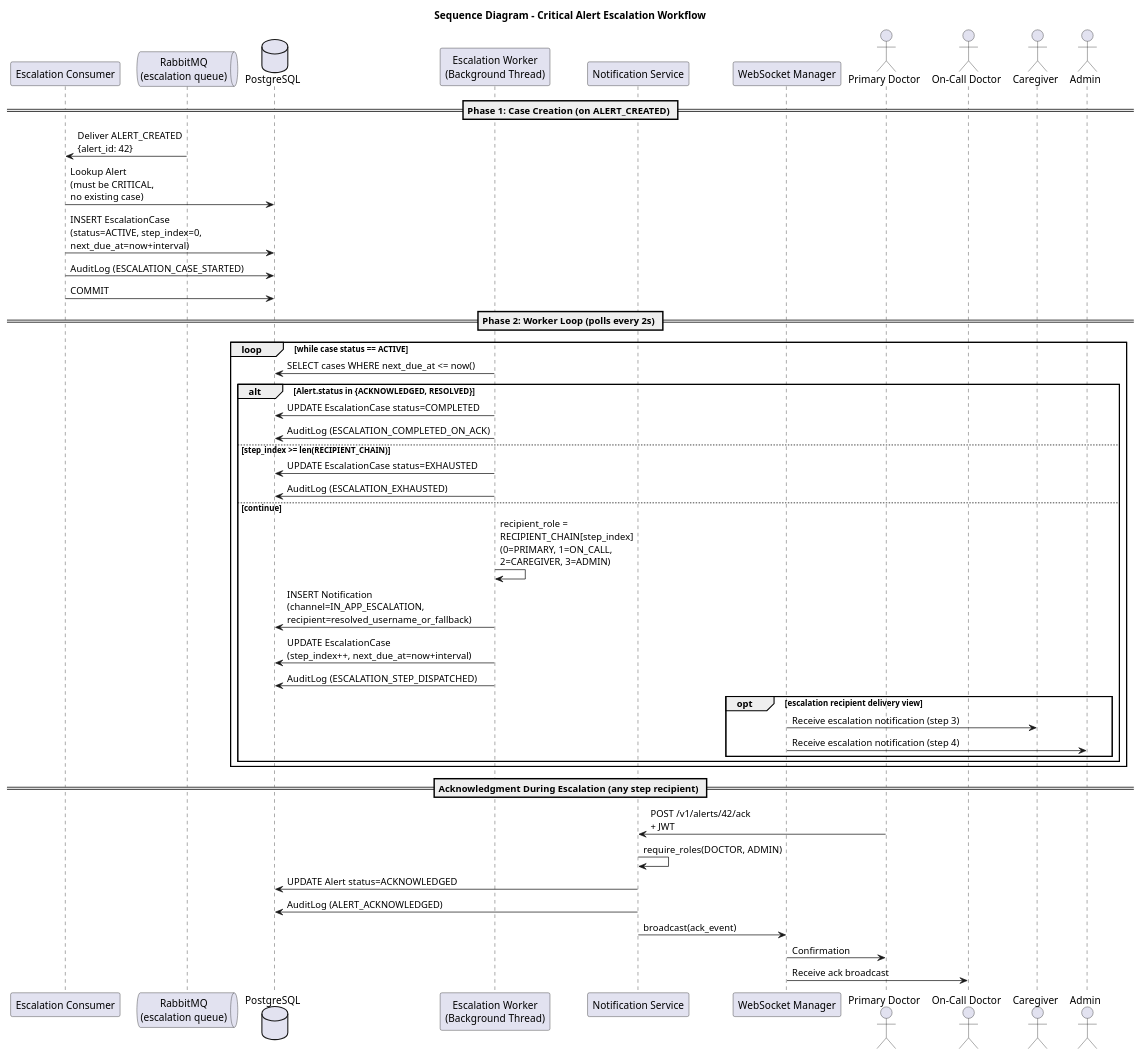
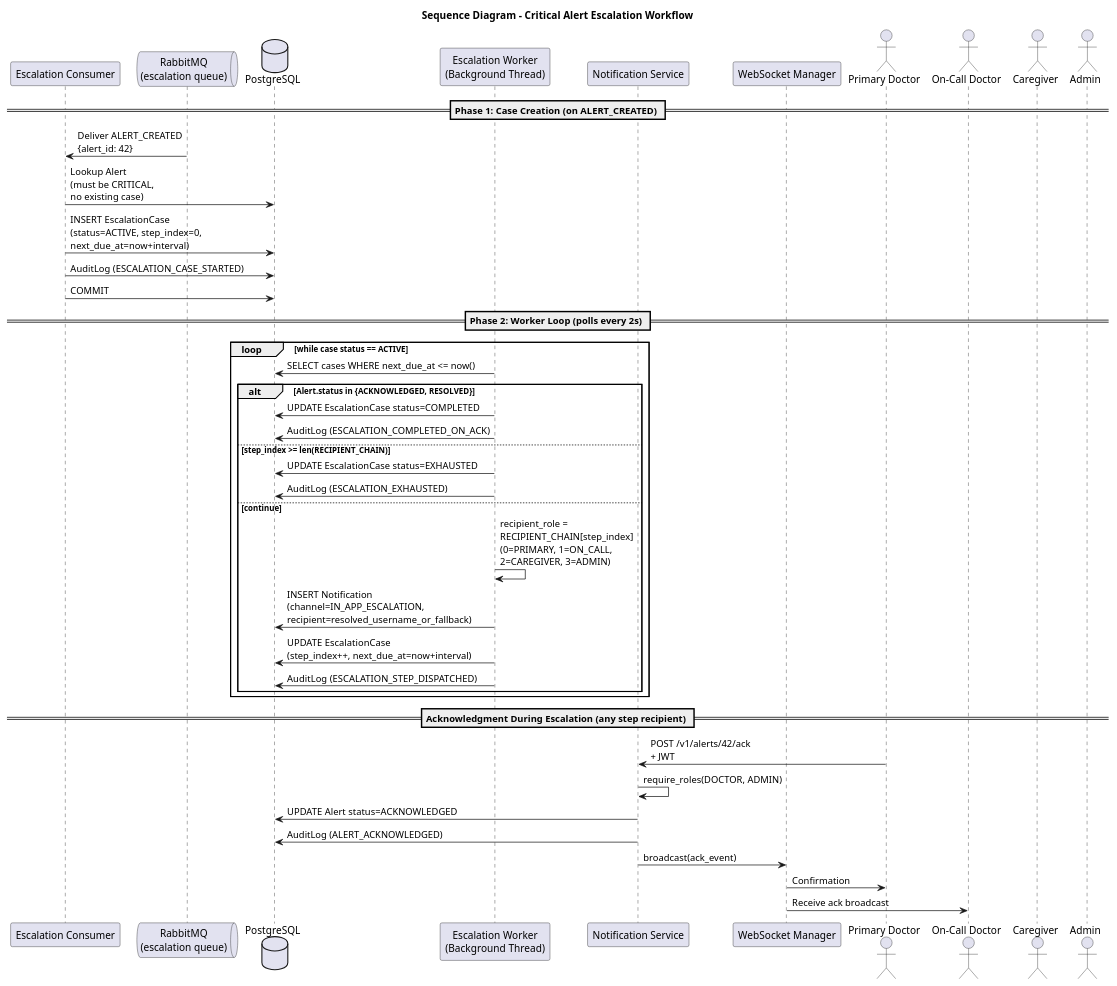
The diagram in diagrams_puml_code/08_sequence_escalation.puml (usr1236/project3_41), drawn with PlantUML before and after one commit. The commit also changed 28 other files, not shown here.

Commit message:
Diagrams Code

```diff
--- a/diagrams_puml_code/08_sequence_escalation.puml
+++ b/diagrams_puml_code/08_sequence_escalation.puml
@@ -1,53 +1,49 @@
 @startuml Sequence_Escalation
 title Sequence Diagram - Critical Alert Escalation Workflow
 
 participant "Escalation Consumer" as consumer
 queue "RabbitMQ\n(escalation queue)" as mq
 database "PostgreSQL" as db
 participant "Escalation Worker\n(Background Thread)" as worker
 participant "Notification Service" as notif
 participant "WebSocket Manager" as ws
 actor "Primary Doctor" as doc1
 actor "On-Call Doctor" as doc2
 actor "Caregiver" as cg
 actor "Admin" as adm
 
 == Phase 1: Case Creation (on ALERT_CREATED) ==
 mq -> consumer : Deliver ALERT_CREATED\n{alert_id: 42}
 consumer -> db : Lookup Alert\n(must be CRITICAL,\nno existing case)
 consumer -> db : INSERT EscalationCase\n(status=ACTIVE, step_index=0,\nnext_due_at=now+interval)
 consumer -> db : AuditLog (ESCALATION_CASE_STARTED)
 consumer -> db : COMMIT
 
 == Phase 2: Worker Loop (polls every 2s) ==
 loop while case status == ACTIVE
     worker -> db : SELECT cases WHERE next_due_at <= now()
 
     alt Alert.status in {ACKNOWLEDGED, RESOLVED}
         worker -> db : UPDATE EscalationCase status=COMPLETED
         worker -> db : AuditLog (ESCALATION_COMPLETED_ON_ACK)
     else step_index >= len(RECIPIENT_CHAIN)
         worker -> db : UPDATE EscalationCase status=EXHAUSTED
         worker -> db : AuditLog (ESCALATION_EXHAUSTED)
     else continue
         worker -> worker : recipient_role =\nRECIPIENT_CHAIN[step_index]\n(0=PRIMARY, 1=ON_CALL,\n2=CAREGIVER, 3=ADMIN)
         worker -> db : INSERT Notification\n(channel=IN_APP_ESCALATION,\nrecipient=resolved_username_or_fallback)
         worker -> db : UPDATE EscalationCase\n(step_index++, next_due_at=now+interval)
         worker -> db : AuditLog (ESCALATION_STEP_DISPATCHED)
-        opt escalation recipient delivery view
-            ws -> cg : Receive escalation notification (step 3)
-            ws -> adm : Receive escalation notification (step 4)
-        end
     end
 end
 
 == Acknowledgment During Escalation (any step recipient) ==
 doc1 -> notif : POST /v1/alerts/42/ack\n+ JWT
 notif -> notif : require_roles(DOCTOR, ADMIN)
 notif -> db : UPDATE Alert status=ACKNOWLEDGED
 notif -> db : AuditLog (ALERT_ACKNOWLEDGED)
 notif -> ws : broadcast(ack_event)
 ws -> doc1 : Confirmation
 ws -> doc2 : Receive ack broadcast
 
 @enduml
```
